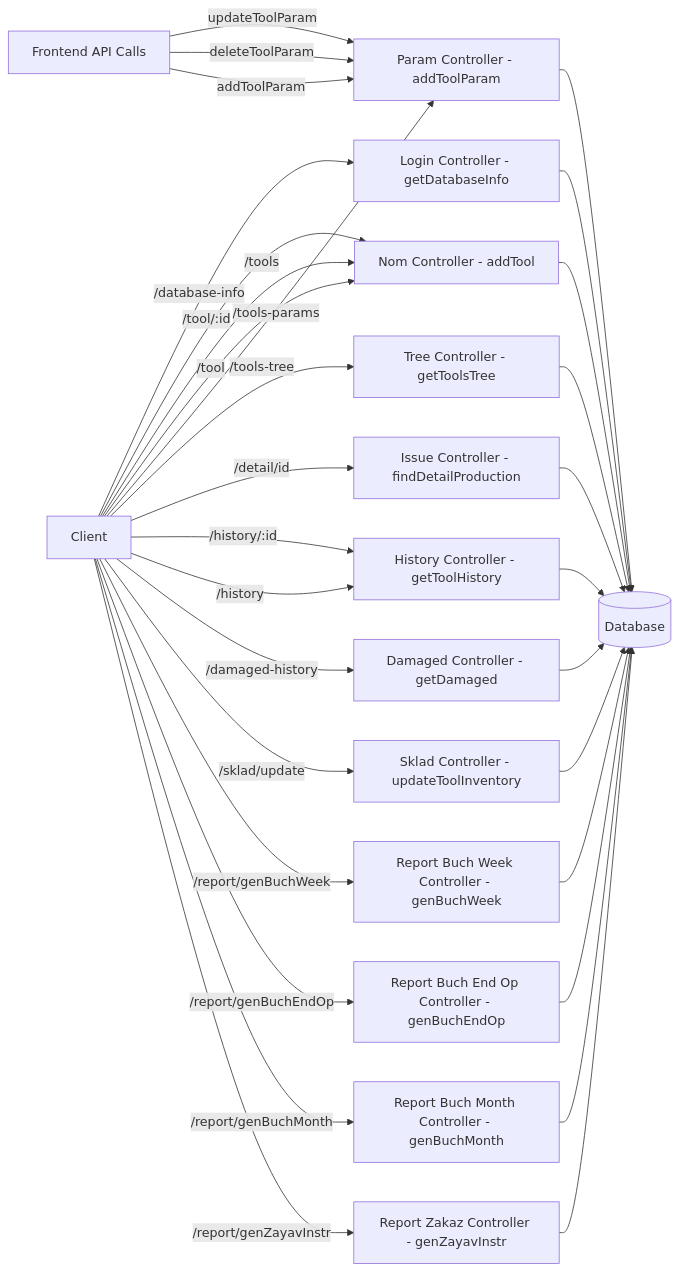
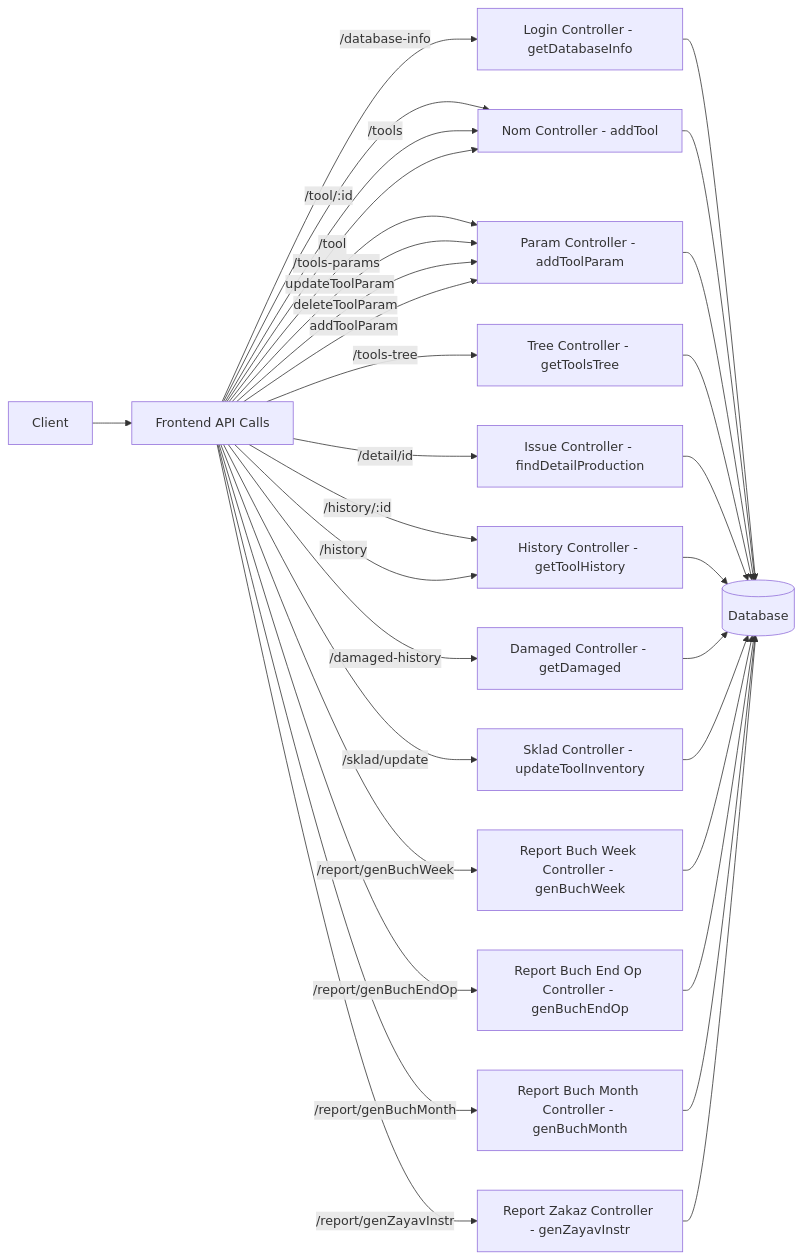
The diagram in README.md (i5anin/vue.soft.pfforum), drawn with Mermaid before and after one commit.

````diff
--- a/README.md
+++ b/README.md
@@ -3,35 +3,37 @@
 ```mermaid
 graph LR
-    client[Client] -->|"/database-info"| loginController[Login Controller - getDatabaseInfo]
-    client -->|"/tool/:id"| nomController[Nom Controller - getToolById]
-    client -->|"/tools"| nomController[Nom Controller - getTools]
-    client -->|"/tool"| nomController[Nom Controller - addTool]
-    client -->|"/tools-params"| paramController[Param Controller - getToolParams]
-    client -->|"/tools-tree"| treeController[Tree Controller - getToolsTree]
-    client -->|"/detail/id"| issueController[Issue Controller - findDetailProduction]
-    client -->|"/history/:id"| historyController[History Controller - getToolHistoryId]
-    client -->|"/history"| historyController[History Controller - getToolHistory]
-    client -->|"/damaged-history"| damagedController[Damaged Controller - getDamaged]
-    client -->|"/sklad/update"| skladController[Sklad Controller - updateToolInventory]
-    client -->|"/report/genBuchWeek"| reportBuchWeekController[Report Buch Week Controller - genBuchWeek]
-    client -->|"/report/genBuchEndOp"| reportBuchEndOpController[Report Buch End Op Controller - genBuchEndOp]
-    client -->|"/report/genBuchMonth"| reportBuchMonthController[Report Buch Month Controller - genBuchMonth]
-    client -->|"/report/genZayavInstr"| reportZakazController[Report Zakaz Controller - genZayavInstr]
-
-    frontEnd[Frontend API Calls] -->|updateToolParam| paramController[Param Controller - updateToolParam]
+    client[Client] --> frontEnd[Frontend API Calls]
+    
+    frontEnd -->|"/database-info"| loginController[Login Controller - getDatabaseInfo]
+    frontEnd -->|"/tool/:id"| nomController[Nom Controller - getToolById]
+    frontEnd -->|"/tools"| nomController[Nom Controller - getTools]
+    frontEnd -->|"/tool"| nomController[Nom Controller - addTool]
+    frontEnd -->|"/tools-params"| paramController[Param Controller - getToolParams]
+    frontEnd -->|"/tools-tree"| treeController[Tree Controller - getToolsTree]
+    frontEnd -->|"/detail/id"| issueController[Issue Controller - findDetailProduction]
+    frontEnd -->|"/history/:id"| historyController[History Controller - getToolHistoryId]
+    frontEnd -->|"/history"| historyController[History Controller - getToolHistory]
+    frontEnd -->|"/damaged-history"| damagedController[Damaged Controller - getDamaged]
+    frontEnd -->|"/sklad/update"| skladController[Sklad Controller - updateToolInventory]
+    frontEnd -->|"/report/genBuchWeek"| reportBuchWeekController[Report Buch Week Controller - genBuchWeek]
+    frontEnd -->|"/report/genBuchEndOp"| reportBuchEndOpController[Report Buch End Op Controller - genBuchEndOp]
+    frontEnd -->|"/report/genBuchMonth"| reportBuchMonthController[Report Buch Month Controller - genBuchMonth]
+    frontEnd -->|"/report/genZayavInstr"| reportZakazController[Report Zakaz Controller - genZayavInstr]
+    
+    frontEnd -->|updateToolParam| paramController[Param Controller - updateToolParam]
     frontEnd -->|deleteToolParam| paramController[Param Controller - deleteToolParam]
     frontEnd -->|addToolParam| paramController[Param Controller - addToolParam]
 
     loginController --> db[(Database)]
     nomController --> db
     paramController --> db
     treeController --> db
     issueController --> db
     historyController --> db
     damagedController --> db
     skladController --> db
     reportBuchWeekController --> db
     reportBuchEndOpController --> db
     reportBuchMonthController --> db
     reportZakazController --> db
 ```
````
